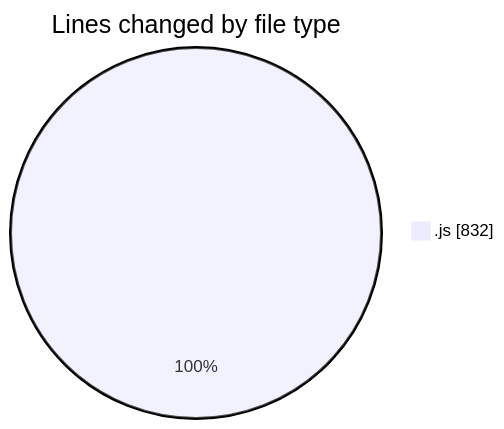
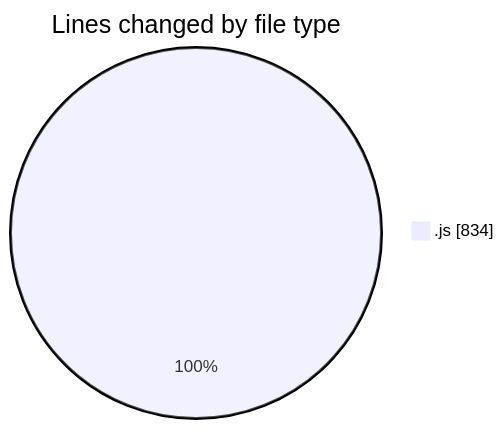
The first of 2 diagrams in 2025-09-09/cashcalculator/README.md (nxtqubesakshisongat/code-tracking), drawn with Mermaid before and after one commit. The commit also changed other lines of this file and 1 other file, not shown here.

````diff
--- a/2025-09-09/cashcalculator/README.md
+++ b/2025-09-09/cashcalculator/README.md
@@ -20,5 +20,5 @@
 ```mermaid
 pie showData
 title Lines changed by file type
-".js" : 832
+".js" : 834
 ```
````
